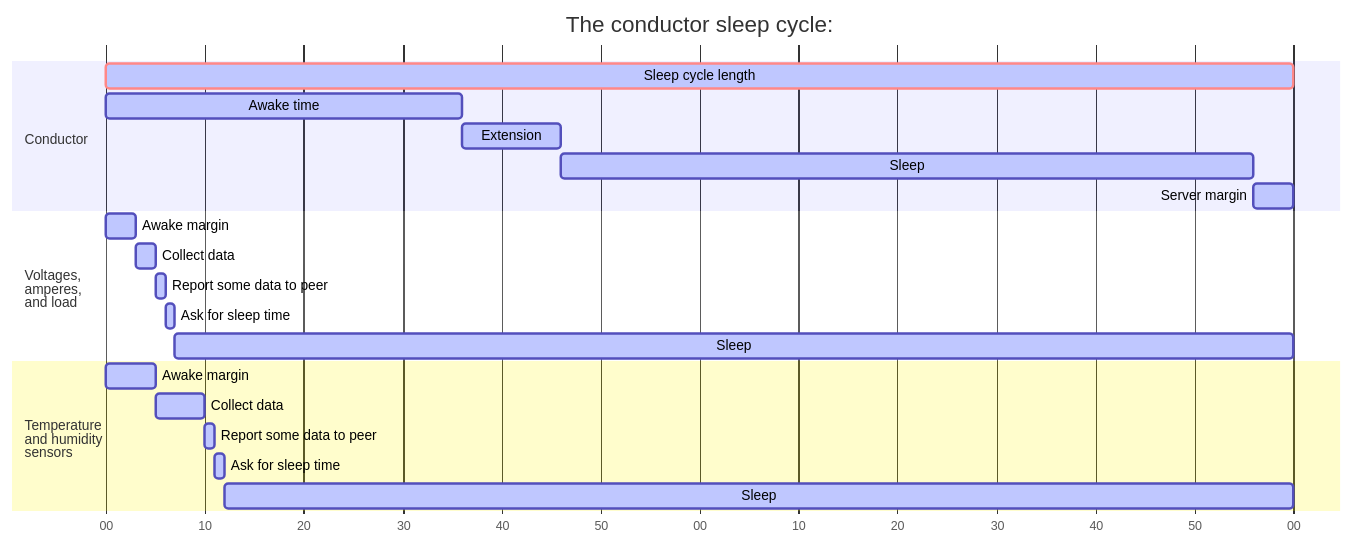
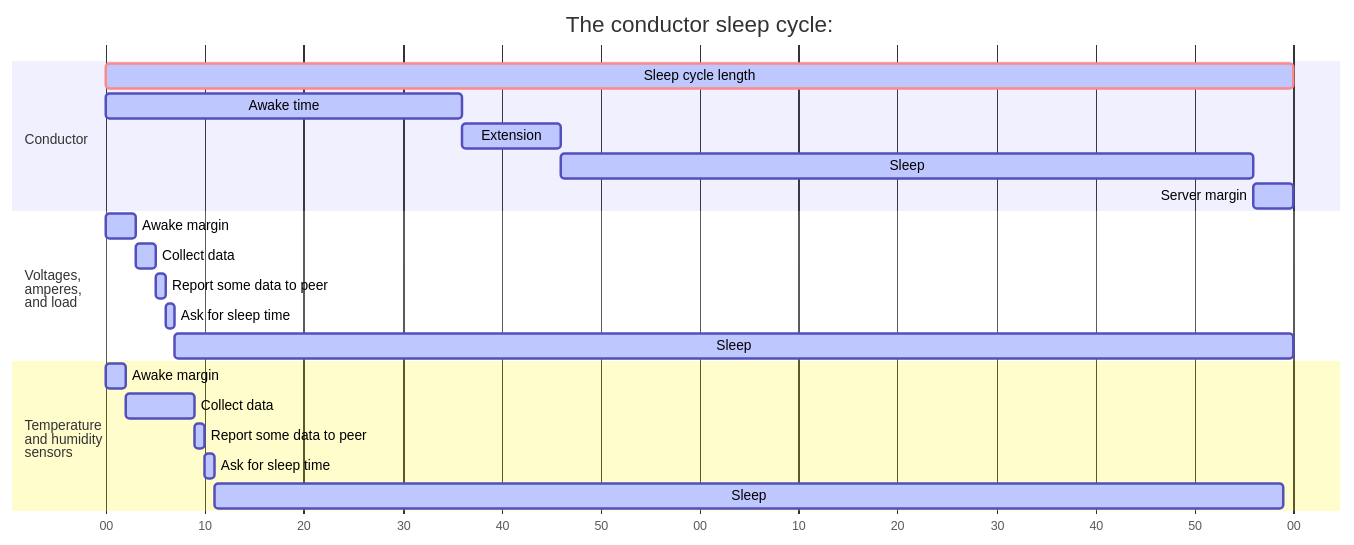
One commit to RobustoFramework/Robusto changed the diagram in components/robusto/conductor/README.md. Above: the diagram before and after it, drawn with Mermaid. The commit also changed other lines of this file, not shown here.

```````diff
--- a/components/robusto/conductor/README.md
+++ b/components/robusto/conductor/README.md
@@ -16,28 +16,28 @@
 ```mermaid
 gantt
     dateFormat  s
     title  The conductor sleep cycle:    
     section Conductor  
     Sleep cycle length        :crit,active, cycle,0,120s
     Awake time         :active, wake, 0,36s
     Extension     :active, ext,after wake,10s
     Sleep         :active, sleep, after ext, 70s
     Server margin   :active, after sleep,4s
     section Voltages,<br/>amperes,<br/>and load
     Awake margin         :active, w1, 0, 3s
     Collect data       :active, c1, after w1, 2s
     Report some data to peer :active, r1, after c1, 1s
     Ask for sleep time :active, a1, after r1, 1s
     Sleep :active, s1, after a1, 113s
 
     section Temperature<br/>and humidity<br/>sensors
-    Awake margin         :active, w2, 0, 5s
-    Collect data       :active, c2, after w2, 5s
+    Awake margin         :active, w2, 0, 2s
+    Collect data       :active, c2, after w2, 7s
     Report some data to peer :active, r2, after c2, 1s
     Ask for sleep time :active, a2, after r2, 1s
     Sleep :active, s1, after a2, 108s
     
     tickInterval 10second
     axisFormat %S
     
 ``````
```````
